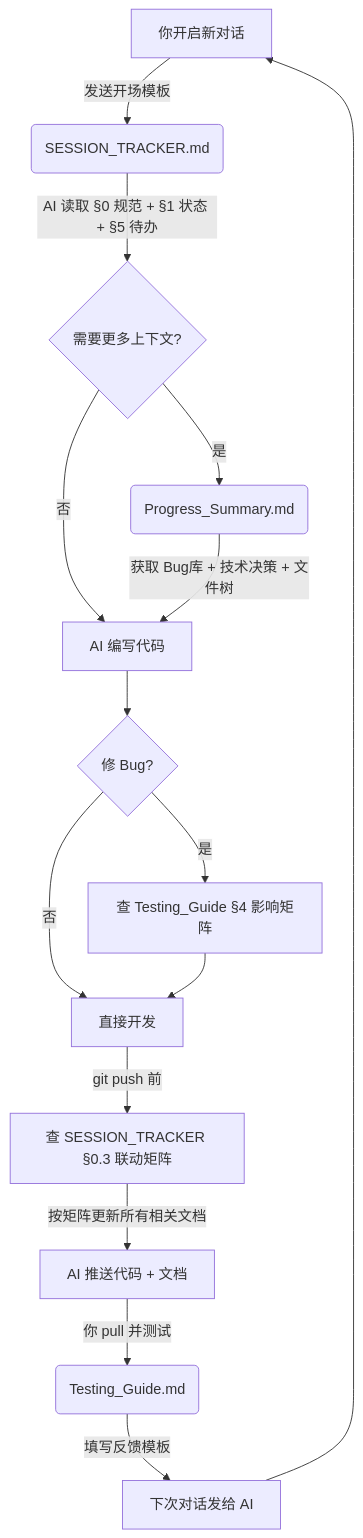
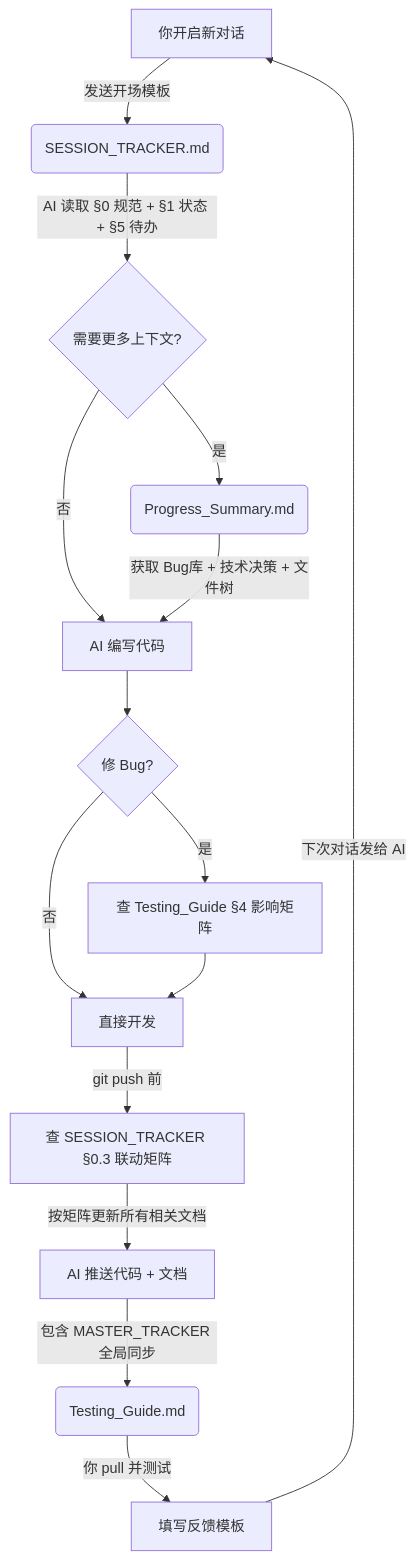
The diagram in README.md (jiaxuGOGOGO/MarioTrickster), drawn with Mermaid before and after one commit. The commit also changed other lines of this file and 4 other files, not shown here.

First line of the commit message:
Session 14: Add MASTER_TRACKER global overview + upgrade to 6-doc linkage system

````diff
--- a/README.md
+++ b/README.md
@@ -25,17 +26,17 @@
 ```mermaid
 graph TD
     A[你开启新对话] -->|发送开场模板| B(SESSION_TRACKER.md)
     B -->|AI 读取 §0 规范 + §1 状态 + §5 待办| C{需要更多上下文?}
     C -->|是| D(Progress_Summary.md)
     C -->|否| E[AI 编写代码]
     D -->|获取 Bug库 + 技术决策 + 文件树| E
     E --> F{修 Bug?}
     F -->|是| G[查 Testing_Guide §4 影响矩阵]
     F -->|否| H[直接开发]
     G --> H
     H -->|git push 前| I[查 SESSION_TRACKER §0.3 联动矩阵]
     I -->|按矩阵更新所有相关文档| J[AI 推送代码 + 文档]
-    J -->|你 pull 并测试| K(Testing_Guide.md)
-    K -->|填写反馈模板| L[下次对话发给 AI]
-    L --> A
+    J -->|包含 MASTER_TRACKER 全局同步| K(Testing_Guide.md)
+    K -->|你 pull 并测试| L[填写反馈模板]
+    L -->|下次对话发给 AI| A
 ```
````
